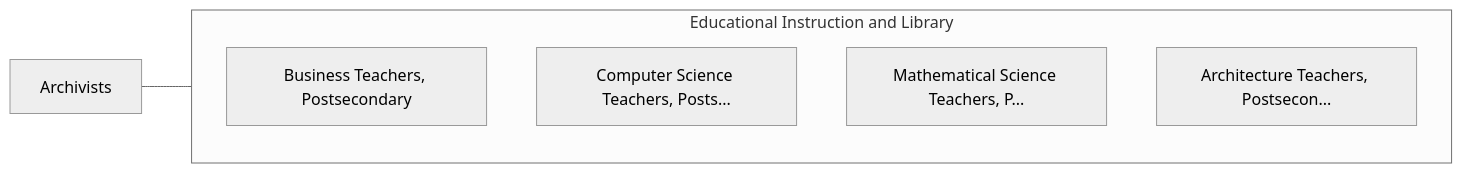
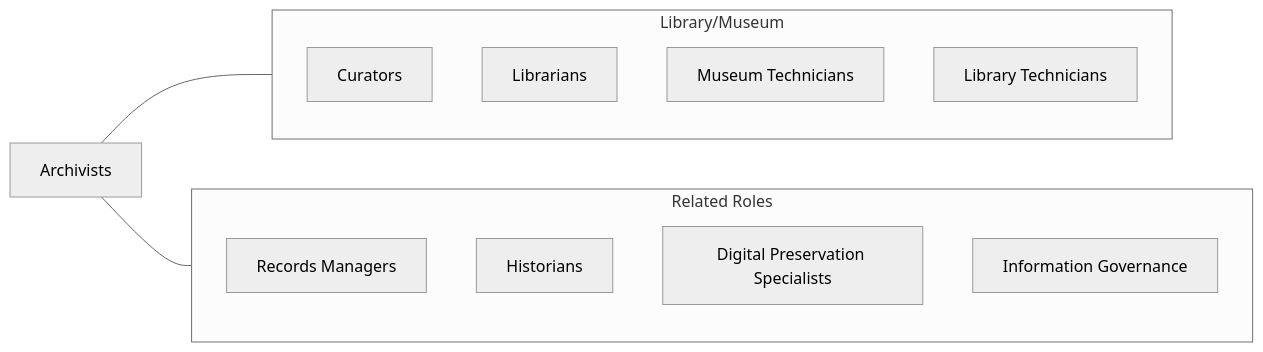
One commit to kziemski/business.org.ai changed the fourth of 4 diagrams in occupations/Education/Archivists.mdx. Above: the diagram before and after it, drawn with Mermaid (neutral theme). The commit also changed other lines of this file and 938 other files, not shown here.

````diff
--- a/occupations/Education/Archivists.mdx
+++ b/occupations/Education/Archivists.mdx
@@ -109,13 +168,21 @@
 ```mermaid
 graph LR
     Current["Archivists"]
 
-    subgraph SameCategory["Educational Instruction and Library"]
-        BusinessTeachersPost["Business Teachers, Postsecondary"]
-        ComputerScienceTeach["Computer Science Teachers, Posts..."]
-        MathematicalScienceT["Mathematical Science Teachers, P..."]
-        ArchitectureTeachers["Architecture Teachers, Postsecon..."]
+    subgraph SameCategory["Library/Museum"]
+        Curators["Curators"]
+        Librarians["Librarians"]
+        MuseumTech["Museum Technicians"]
+        LibTech["Library Technicians"]
+    end
+
+    subgraph CrossFunctional["Related Roles"]
+        RecordsMgr["Records Managers"]
+        Historians["Historians"]
+        DigPres["Digital Preservation Specialists"]
+        InfoGov["Information Governance"]
     end
 
     Current --- SameCategory
+    Current --- CrossFunctional
 ```
````
